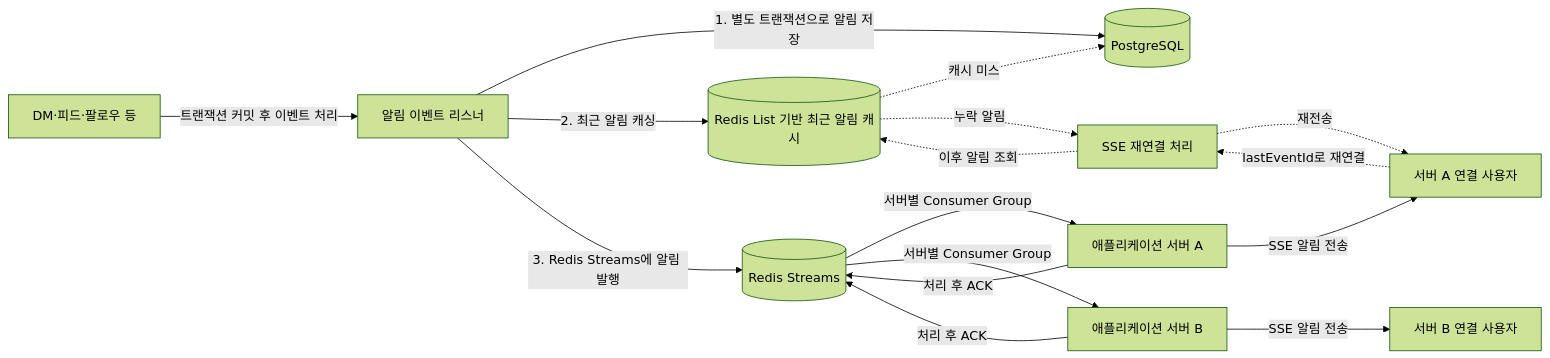
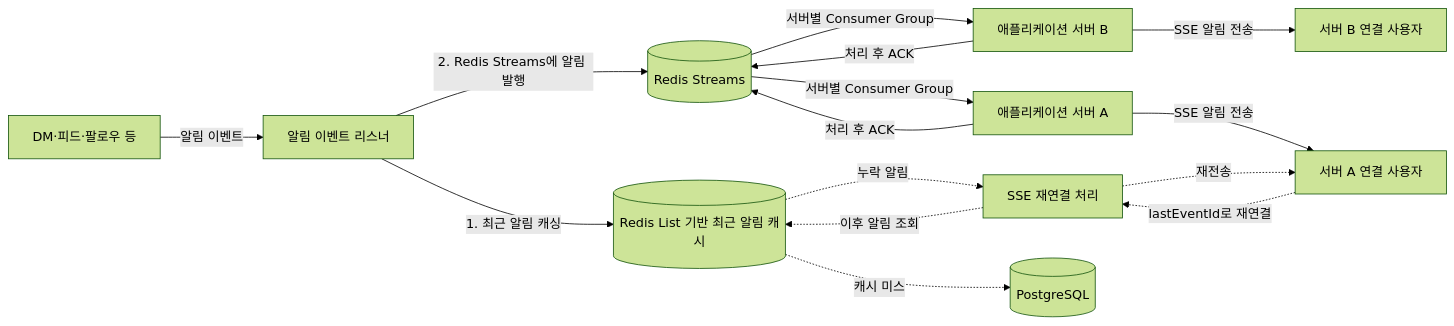
The second of 3 diagrams in README.md (HOGUN00/otboo-advance), drawn with Mermaid (forest theme) before and after one commit. The commit also changed other lines of this file, not shown here.

````diff
--- a/README.md
+++ b/README.md
@@ -65,20 +65,19 @@
 ```mermaid
 flowchart LR
-    Domain[DM·피드·팔로우 등] -->|트랜잭션 커밋 후 이벤트 처리| Listener[알림 이벤트 리스너]
-    Listener -->|1. 별도 트랜잭션으로 알림 저장| DB[(PostgreSQL)]
-    Listener -->|2. 최근 알림 캐싱| Cache[(Redis List 기반 최근 알림 캐시)]
-    Listener -->|3. Redis Streams에 알림 발행| Stream[(Redis Streams)]
+    Domain[DM·피드·팔로우 등] -->|알림 이벤트| Listener[알림 이벤트 리스너]
+    Listener -->|1. 최근 알림 캐싱| Cache[(Redis List 기반 최근 알림 캐시)]
+    Listener -->|2. Redis Streams에 알림 발행| Stream[(Redis Streams)]
 
     Stream -->|서버별 Consumer Group| ConsumerA[애플리케이션 서버 A]
     Stream -->|서버별 Consumer Group| ConsumerB[애플리케이션 서버 B]
     ConsumerA -->|SSE 알림 전송| ClientA[서버 A 연결 사용자]
     ConsumerB -->|SSE 알림 전송| ClientB[서버 B 연결 사용자]
     ConsumerA -->|처리 후 ACK| Stream
     ConsumerB -->|처리 후 ACK| Stream
 
     ClientA -.->|lastEventId로 재연결| Replay[SSE 재연결 처리]
     Replay -.->|이후 알림 조회| Cache
-    Cache -.->|캐시 미스| DB
+    Cache -.->|캐시 미스| DB[(PostgreSQL)]
     Cache -.->|누락 알림| Replay
     Replay -.->|재전송| ClientA
 ```
````
